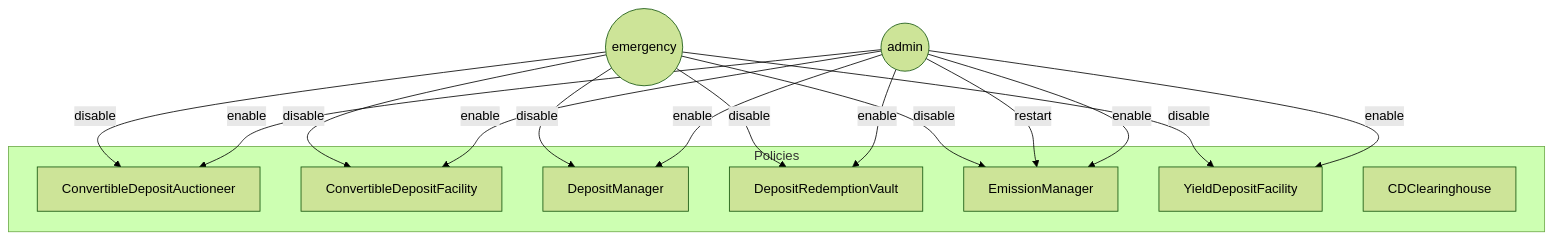
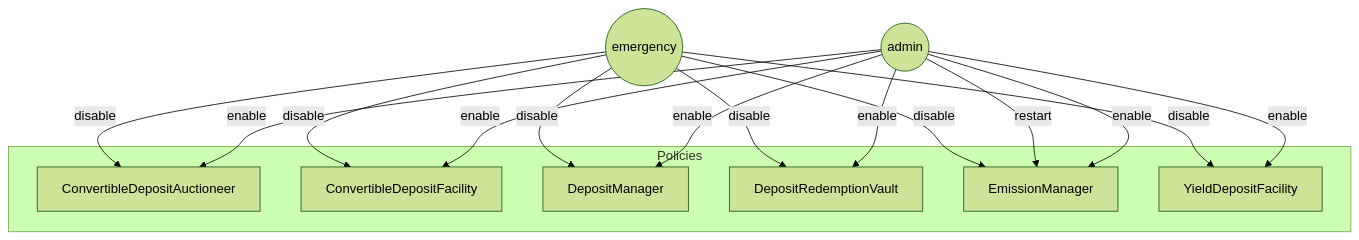
The first of 12 diagrams in audit/2025-01_convertible-deposits/README.md (OlympusDAO/olympus-v3), drawn with Mermaid (forest theme) before and after one commit. The commit also changed other lines of this file and 1 other file, not shown here.

````diff
--- a/audit/2025-01_convertible-deposits/README.md
+++ b/audit/2025-01_convertible-deposits/README.md
@@ -227,26 +198,25 @@
 ```mermaid
 flowchart TD
   admin((admin)) -- enable --> ConvertibleDepositAuctioneer
   admin((admin)) -- enable --> ConvertibleDepositFacility
   admin((admin)) -- enable --> DepositManager
   admin((admin)) -- enable --> DepositRedemptionVault
   admin((admin)) -- enable --> EmissionManager
   admin((admin)) -- enable --> YieldDepositFacility
   admin((admin)) -- restart --> EmissionManager
   emergency((emergency)) -- disable --> ConvertibleDepositAuctioneer
   emergency((emergency)) -- disable --> ConvertibleDepositFacility
   emergency((emergency)) -- disable --> DepositManager
   emergency((emergency)) -- disable --> DepositRedemptionVault
   emergency((emergency)) -- disable --> EmissionManager
   emergency((emergency)) -- disable --> YieldDepositFacility
 
   subgraph Policies
     ConvertibleDepositAuctioneer
-    CDClearinghouse
     ConvertibleDepositFacility
     DepositManager
     DepositRedemptionVault
     EmissionManager
     YieldDepositFacility
   end
 ```
````
